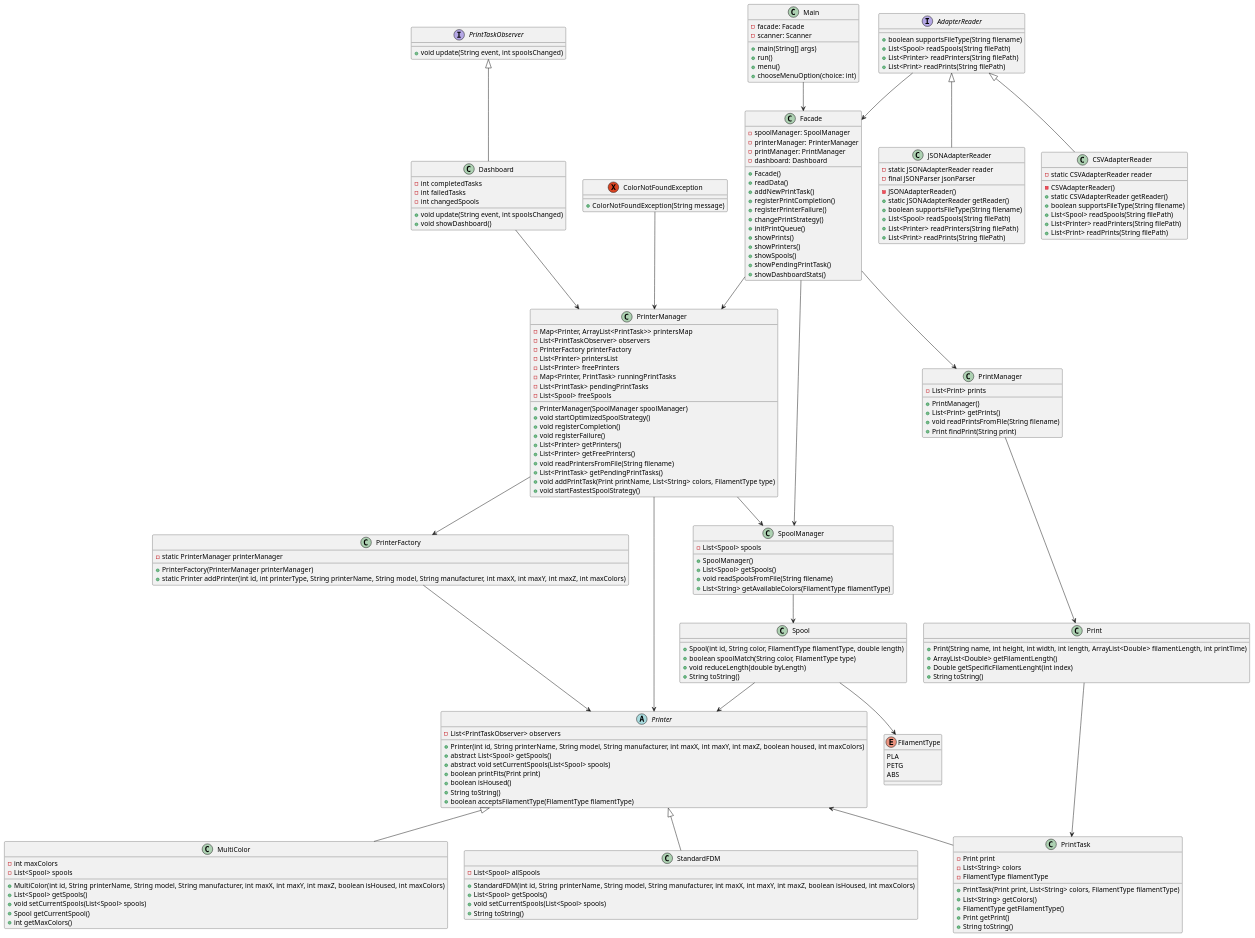
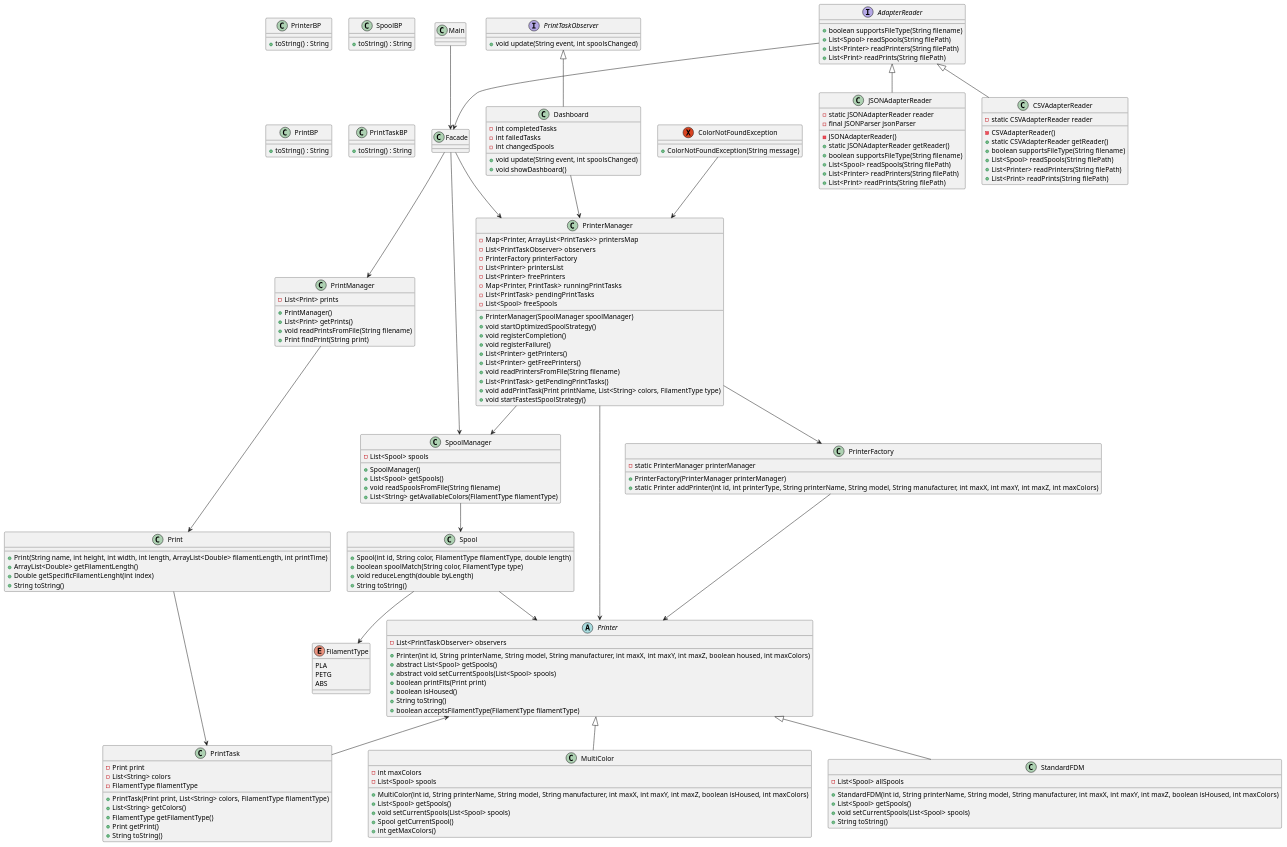
The diagram in docs/Diagrams/FullRefractoredDiagram2.puml (rtavares14/System-Design), drawn with PlantUML before and after one commit. The commit also changed 12 other files, not shown here.

```diff
--- a/docs/Diagrams/FullRefractoredDiagram2.puml
+++ b/docs/Diagrams/FullRefractoredDiagram2.puml
@@ -2,31 +2,11 @@
 'https://plantuml.com/sequence-diagram
 
 class Main {
-    - facade: Facade
-    - scanner: Scanner
-    + main(String[] args)
-    + run()
-    + menu()
-    + chooseMenuOption(choice: int)
+
 }
 
 class Facade {
-    - spoolManager: SpoolManager
-    - printerManager: PrinterManager
-    - printManager: PrintManager
-    - dashboard: Dashboard
-    + Facade()
-    + readData()
-    + addNewPrintTask()
-    + registerPrintCompletion()
-    + registerPrinterFailure()
-    + changePrintStrategy()
-    + initPrintQueue()
-    + showPrints()
-    + showPrinters()
-    + showSpools()
-    + showPendingPrintTask()
-    + showDashboardStats()
+
 }
 
 class PrintManager {
@@ -97,6 +77,22 @@
     + void setCurrentSpools(List<Spool> spools)
     + Spool getCurrentSpool()
     + int getMaxColors()
+}
+
+class PrinterBP {
+    + toString() : String
+}
+
+class SpoolBP {
+    + toString() : String
+}
+
+class PrintBP {
+    + toString() : String
+}
+
+class PrintTaskBP {
+    + toString() : String
 }
 
 class Print {
```
